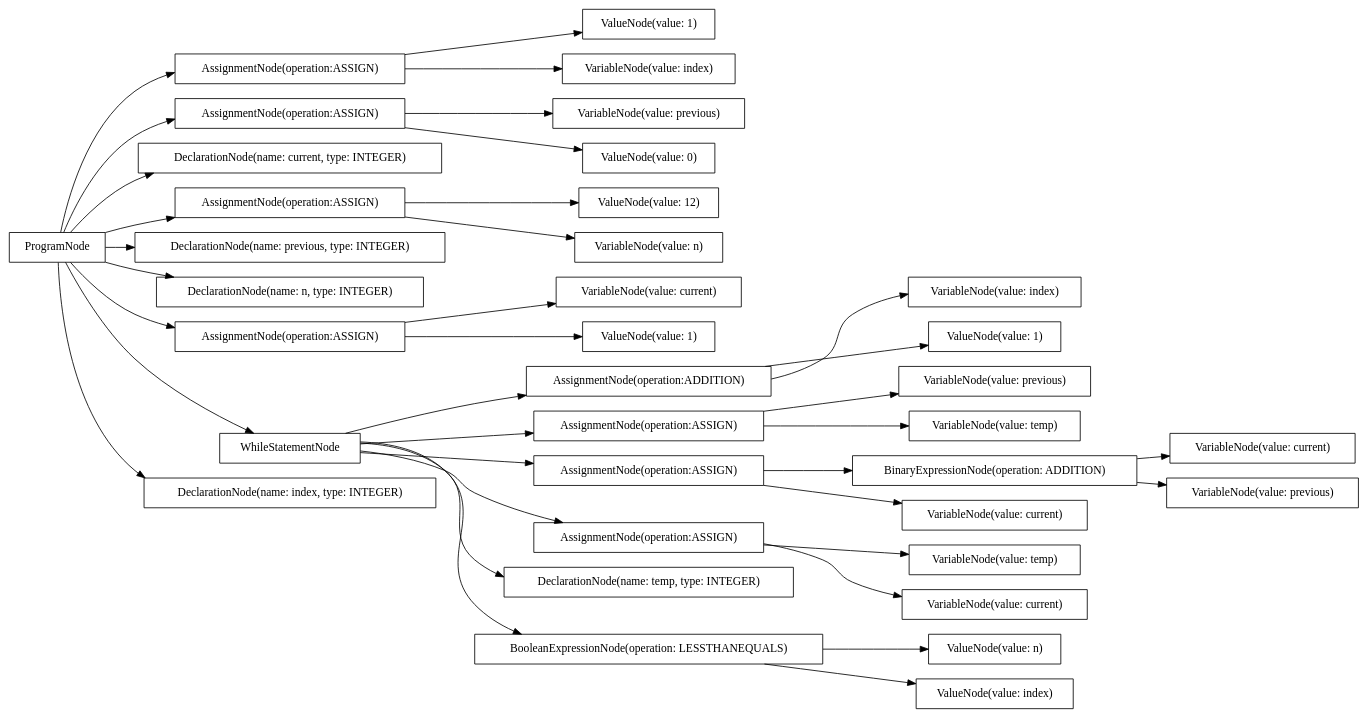
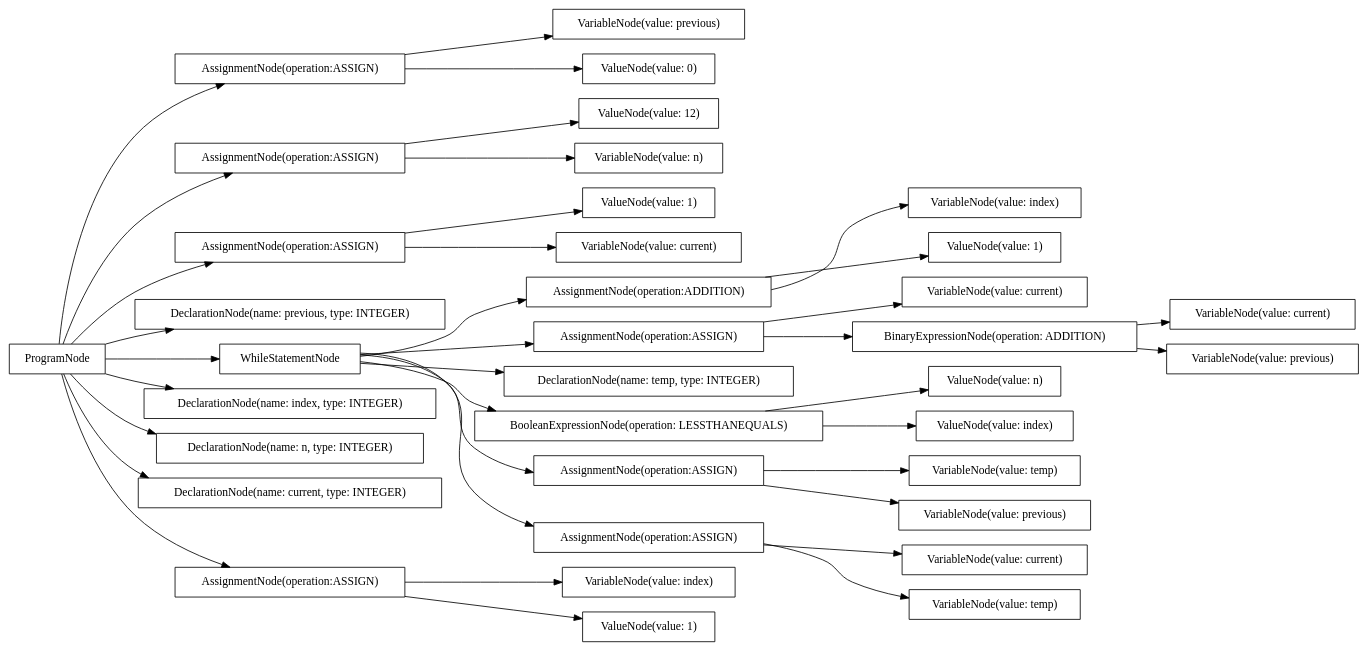
One commit to AtLeastITry/ANTLR-Python-Compiler changed the diagram in src/output/dot/fibonacci.dot. Above: the diagram before and after it, drawn with Graphviz. The commit also changed 13 other files, not shown here.

```diff
--- a/src/output/dot/fibonacci.dot
+++ b/src/output/dot/fibonacci.dot
@@ -1,74 +1,74 @@
 digraph G {
 rankdir=LR
-"1598cc62-a040-4c96-a715-40929d4e8865" [label="ValueNode(value: n)" shape="box"];
-"2259b447-775e-484d-abc6-ef369a8b9eb7" [label="VariableNode(value: current)" shape="box"];
-"2cd7ddb2-db0f-4125-9a5f-0c3afbd9dd72" [label="VariableNode(value: previous)" shape="box"];
-"cb3bdbce-2cbb-4ff4-a6da-271accab3a93" [label="ValueNode(value: index)" shape="box"];
-"d387afe9-e97c-4233-b314-a5cb87ac8617" [label="AssignmentNode(operation:ADDITION)" shape="box"];
-"2eb23c79-bd03-42dd-8d19-5a05aa5a4f15" [label="AssignmentNode(operation:ASSIGN)" shape="box"];
-"a33493f9-18ba-407a-9705-1859ee42eb54" [label="VariableNode(value: index)" shape="box"];
-"a5b25526-06e3-4ff8-b8d0-5e2e38a7875f" [label="AssignmentNode(operation:ASSIGN)" shape="box"];
-"345a327a-f5e6-4e40-a470-d479b4a6dd65" [label="VariableNode(value: temp)" shape="box"];
-"f690ba80-638a-43a1-8a34-8bd579846491" [label="AssignmentNode(operation:ASSIGN)" shape="box"];
-"050d7a69-79f7-4683-8966-785dd52abf0e" [label="VariableNode(value: current)" shape="box"];
-"63b0db0d-f8c6-4627-a281-7fc058c44388" [label="VariableNode(value: previous)" shape="box"];
-"cd5df68f-49a5-4409-989e-12e0c65c230f" [label="AssignmentNode(operation:ASSIGN)" shape="box"];
-"572d2a5b-db16-4991-8e36-242638f50540" [label="DeclarationNode(name: current, type: INTEGER)" shape="box"];
-"e66a27bc-6d84-4366-966f-1d8b20fd633a" [label="ProgramNode" shape="box"];
-"476bae66-0436-4d24-b4fe-65cf7fa19297" [label="AssignmentNode(operation:ASSIGN)" shape="box"];
-"1b7afba1-a5e2-4e57-9f86-de44672feadb" [label="BinaryExpressionNode(operation: ADDITION)" shape="box"];
-"b91ae6b7-8b5b-4391-b619-72574a7e108b" [label="DeclarationNode(name: previous, type: INTEGER)" shape="box"];
-"273c07ef-bd91-470a-b095-3624a7171c71" [label="VariableNode(value: current)" shape="box"];
-"2bc87493-0fb0-488c-b5a7-75df91b4c30b" [label="ValueNode(value: 1)" shape="box"];
-"423a2973-9674-4e57-865b-6d27384eb77c" [label="DeclarationNode(name: n, type: INTEGER)" shape="box"];
-"a3856da6-5369-490c-bdc8-566bd0c039c3" [label="AssignmentNode(operation:ASSIGN)" shape="box"];
-"9d8b77f6-9576-4df6-a2c6-3955adf1de78" [label="AssignmentNode(operation:ASSIGN)" shape="box"];
-"c4dc342a-157e-4c3e-8f09-b0a40febead7" [label="VariableNode(value: temp)" shape="box"];
-"b3eccedd-138e-4974-8f8a-404dd6236906" [label="ValueNode(value: 1)" shape="box"];
-"8e254e43-566a-420e-bbe4-346612784c51" [label="VariableNode(value: index)" shape="box"];
-"5fdd9365-0da8-4bfb-96e7-edee84d4459d" [label="ValueNode(value: 12)" shape="box"];
-"58257139-119f-48bf-94a1-a4c4a7a32e95" [label="DeclarationNode(name: temp, type: INTEGER)" shape="box"];
-"6e11b7ce-fbcb-465d-a788-a3076c3b25cd" [label="ValueNode(value: 0)" shape="box"];
-"a655c826-fd8b-4dc7-8e2f-fc29f4602268" [label="BooleanExpressionNode(operation: LESSTHANEQUALS)" shape="box"];
-"e25e2966-135f-4fb7-87e0-da6ccc20f24d" [label="ValueNode(value: 1)" shape="box"];
-"41be5033-bd5d-4a7b-8ed8-144ab931303b" [label="VariableNode(value: n)" shape="box"];
-"1a85a946-a6a1-46c3-8ca6-65077cb39046" [label="VariableNode(value: current)" shape="box"];
-"1d7d0f8a-e124-4851-97ad-0459195e201e" [label="WhileStatementNode" shape="box"];
-"6860946e-a81e-4b1f-beb5-7e4b886ed425" [label="VariableNode(value: previous)" shape="box"];
-"ea73a34b-d3ce-427d-910f-1d67c8065e1b" [label="DeclarationNode(name: index, type: INTEGER)" shape="box"];
-"e66a27bc-6d84-4366-966f-1d8b20fd633a" -> "423a2973-9674-4e57-865b-6d27384eb77c";
-"e66a27bc-6d84-4366-966f-1d8b20fd633a" -> "b91ae6b7-8b5b-4391-b619-72574a7e108b";
-"e66a27bc-6d84-4366-966f-1d8b20fd633a" -> "572d2a5b-db16-4991-8e36-242638f50540";
-"e66a27bc-6d84-4366-966f-1d8b20fd633a" -> "ea73a34b-d3ce-427d-910f-1d67c8065e1b";
-"e66a27bc-6d84-4366-966f-1d8b20fd633a" -> "476bae66-0436-4d24-b4fe-65cf7fa19297";
-"476bae66-0436-4d24-b4fe-65cf7fa19297" -> "41be5033-bd5d-4a7b-8ed8-144ab931303b";
-"476bae66-0436-4d24-b4fe-65cf7fa19297" -> "5fdd9365-0da8-4bfb-96e7-edee84d4459d";
-"e66a27bc-6d84-4366-966f-1d8b20fd633a" -> "cd5df68f-49a5-4409-989e-12e0c65c230f";
-"cd5df68f-49a5-4409-989e-12e0c65c230f" -> "63b0db0d-f8c6-4627-a281-7fc058c44388";
-"cd5df68f-49a5-4409-989e-12e0c65c230f" -> "6e11b7ce-fbcb-465d-a788-a3076c3b25cd";
-"e66a27bc-6d84-4366-966f-1d8b20fd633a" -> "9d8b77f6-9576-4df6-a2c6-3955adf1de78";
-"9d8b77f6-9576-4df6-a2c6-3955adf1de78" -> "2259b447-775e-484d-abc6-ef369a8b9eb7";
-"9d8b77f6-9576-4df6-a2c6-3955adf1de78" -> "b3eccedd-138e-4974-8f8a-404dd6236906";
-"e66a27bc-6d84-4366-966f-1d8b20fd633a" -> "f690ba80-638a-43a1-8a34-8bd579846491";
-"f690ba80-638a-43a1-8a34-8bd579846491" -> "8e254e43-566a-420e-bbe4-346612784c51";
-"f690ba80-638a-43a1-8a34-8bd579846491" -> "2bc87493-0fb0-488c-b5a7-75df91b4c30b";
-"e66a27bc-6d84-4366-966f-1d8b20fd633a" -> "1d7d0f8a-e124-4851-97ad-0459195e201e";
-"1d7d0f8a-e124-4851-97ad-0459195e201e" -> "a655c826-fd8b-4dc7-8e2f-fc29f4602268";
-"a655c826-fd8b-4dc7-8e2f-fc29f4602268" -> "cb3bdbce-2cbb-4ff4-a6da-271accab3a93";
-"a655c826-fd8b-4dc7-8e2f-fc29f4602268" -> "1598cc62-a040-4c96-a715-40929d4e8865";
-"1d7d0f8a-e124-4851-97ad-0459195e201e" -> "58257139-119f-48bf-94a1-a4c4a7a32e95";
-"1d7d0f8a-e124-4851-97ad-0459195e201e" -> "a3856da6-5369-490c-bdc8-566bd0c039c3";
-"a3856da6-5369-490c-bdc8-566bd0c039c3" -> "345a327a-f5e6-4e40-a470-d479b4a6dd65";
-"a3856da6-5369-490c-bdc8-566bd0c039c3" -> "050d7a69-79f7-4683-8966-785dd52abf0e";
-"1d7d0f8a-e124-4851-97ad-0459195e201e" -> "a5b25526-06e3-4ff8-b8d0-5e2e38a7875f";
-"a5b25526-06e3-4ff8-b8d0-5e2e38a7875f" -> "273c07ef-bd91-470a-b095-3624a7171c71";
-"a5b25526-06e3-4ff8-b8d0-5e2e38a7875f" -> "1b7afba1-a5e2-4e57-9f86-de44672feadb";
-"1b7afba1-a5e2-4e57-9f86-de44672feadb" -> "1a85a946-a6a1-46c3-8ca6-65077cb39046";
-"1b7afba1-a5e2-4e57-9f86-de44672feadb" -> "6860946e-a81e-4b1f-beb5-7e4b886ed425";
-"1d7d0f8a-e124-4851-97ad-0459195e201e" -> "2eb23c79-bd03-42dd-8d19-5a05aa5a4f15";
-"2eb23c79-bd03-42dd-8d19-5a05aa5a4f15" -> "2cd7ddb2-db0f-4125-9a5f-0c3afbd9dd72";
-"2eb23c79-bd03-42dd-8d19-5a05aa5a4f15" -> "c4dc342a-157e-4c3e-8f09-b0a40febead7";
-"1d7d0f8a-e124-4851-97ad-0459195e201e" -> "d387afe9-e97c-4233-b314-a5cb87ac8617";
-"d387afe9-e97c-4233-b314-a5cb87ac8617" -> "a33493f9-18ba-407a-9705-1859ee42eb54";
-"d387afe9-e97c-4233-b314-a5cb87ac8617" -> "e25e2966-135f-4fb7-87e0-da6ccc20f24d";
+"7dfbcddd-16cb-4cfa-903f-55d43979b203" [label="VariableNode(value: previous)" shape="box"];
+"359c7981-6319-473c-9ead-aef8f6ef1644" [label="VariableNode(value: temp)" shape="box"];
+"7672ed64-2153-4352-9968-bea205f3d9a4" [label="AssignmentNode(operation:ASSIGN)" shape="box"];
+"00359bba-8438-441f-8409-813af7228e75" [label="ValueNode(value: 1)" shape="box"];
+"05642250-0f88-4624-9d39-76a19b033193" [label="ProgramNode" shape="box"];
+"932922ff-14ec-4f4d-9258-a8b91acda08b" [label="VariableNode(value: current)" shape="box"];
+"a11c48e8-87ef-4abb-a108-20c1d3f5a0cd" [label="AssignmentNode(operation:ASSIGN)" shape="box"];
+"d2adb590-d02f-4f6f-b4a4-8959df9dc50c" [label="VariableNode(value: current)" shape="box"];
+"bc29c00f-bdf1-4211-9431-d5556c9e3f2f" [label="AssignmentNode(operation:ASSIGN)" shape="box"];
+"f3ca3e54-20b7-4751-9565-49e71ba3d38a" [label="AssignmentNode(operation:ADDITION)" shape="box"];
+"42c4020c-f9f4-49b1-89d8-953d2876eeca" [label="ValueNode(value: 0)" shape="box"];
+"0e1d6a95-fa49-4f38-9fa4-760ce6bbfa3d" [label="VariableNode(value: current)" shape="box"];
+"55c0a246-d33e-4b6d-99bb-b15cc4a72b4d" [label="AssignmentNode(operation:ASSIGN)" shape="box"];
+"68cbda44-115a-4ad0-9394-009e7931e0e1" [label="VariableNode(value: previous)" shape="box"];
+"8bdd1479-88bc-46a7-9775-f74d61e26144" [label="ValueNode(value: 12)" shape="box"];
+"4e13bdef-8e23-4cfd-8260-4930e84db7dc" [label="DeclarationNode(name: temp, type: INTEGER)" shape="box"];
+"5588b967-cdb2-4a0e-843b-6df0919dff61" [label="VariableNode(value: temp)" shape="box"];
+"8e91b99f-f4a6-4238-a341-48f3cab1b175" [label="VariableNode(value: n)" shape="box"];
+"a2e3778d-88c6-4272-b1cf-d45e6667104a" [label="BooleanExpressionNode(operation: LESSTHANEQUALS)" shape="box"];
+"50face5e-b4d4-4499-98d7-b01976e710a6" [label="VariableNode(value: current)" shape="box"];
+"8f415d39-2a50-4771-b552-1a90f59827eb" [label="DeclarationNode(name: previous, type: INTEGER)" shape="box"];
+"42de253b-1fa7-4be7-82e4-c882e55ca2b5" [label="VariableNode(value: index)" shape="box"];
+"d465ccc0-41e7-44e9-bb42-25f3d4f7c487" [label="ValueNode(value: 1)" shape="box"];
+"9dafaff5-56f2-47cd-869a-71d76092f2d1" [label="VariableNode(value: index)" shape="box"];
+"63519c69-b303-4803-839e-0c3b9cac095a" [label="WhileStatementNode" shape="box"];
+"e9517cd2-2dee-48de-8876-a6da7b9798e4" [label="ValueNode(value: n)" shape="box"];
+"29371ea2-1d31-471e-9803-5ba41da4de94" [label="DeclarationNode(name: index, type: INTEGER)" shape="box"];
+"54c7ab00-826c-4275-8673-baecae6410ca" [label="ValueNode(value: 1)" shape="box"];
+"1c5d8586-dbd3-4b36-90cf-efa83aab3ac3" [label="DeclarationNode(name: n, type: INTEGER)" shape="box"];
+"f8681e66-9649-4025-ad70-6a013b27cd85" [label="AssignmentNode(operation:ASSIGN)" shape="box"];
+"883c406c-4672-44fe-9a7c-a5df1a90c55c" [label="BinaryExpressionNode(operation: ADDITION)" shape="box"];
+"e24f5a08-426d-4f86-adac-6a28cab389ae" [label="DeclarationNode(name: current, type: INTEGER)" shape="box"];
+"54be3eec-98c1-49bf-a542-b5b21b158fff" [label="AssignmentNode(operation:ASSIGN)" shape="box"];
+"eeaa6b7d-beea-445d-8cfd-9d85e2958e74" [label="ValueNode(value: index)" shape="box"];
+"b2a13a31-e8b9-4467-b42c-caed389bc66e" [label="AssignmentNode(operation:ASSIGN)" shape="box"];
+"78e77fa2-da31-4c89-a799-63b015cff9a4" [label="VariableNode(value: previous)" shape="box"];
+"05642250-0f88-4624-9d39-76a19b033193" -> "1c5d8586-dbd3-4b36-90cf-efa83aab3ac3";
+"05642250-0f88-4624-9d39-76a19b033193" -> "8f415d39-2a50-4771-b552-1a90f59827eb";
+"05642250-0f88-4624-9d39-76a19b033193" -> "e24f5a08-426d-4f86-adac-6a28cab389ae";
+"05642250-0f88-4624-9d39-76a19b033193" -> "29371ea2-1d31-471e-9803-5ba41da4de94";
+"05642250-0f88-4624-9d39-76a19b033193" -> "a11c48e8-87ef-4abb-a108-20c1d3f5a0cd";
+"a11c48e8-87ef-4abb-a108-20c1d3f5a0cd" -> "8e91b99f-f4a6-4238-a341-48f3cab1b175";
+"a11c48e8-87ef-4abb-a108-20c1d3f5a0cd" -> "8bdd1479-88bc-46a7-9775-f74d61e26144";
+"05642250-0f88-4624-9d39-76a19b033193" -> "7672ed64-2153-4352-9968-bea205f3d9a4";
+"7672ed64-2153-4352-9968-bea205f3d9a4" -> "7dfbcddd-16cb-4cfa-903f-55d43979b203";
+"7672ed64-2153-4352-9968-bea205f3d9a4" -> "42c4020c-f9f4-49b1-89d8-953d2876eeca";
+"05642250-0f88-4624-9d39-76a19b033193" -> "bc29c00f-bdf1-4211-9431-d5556c9e3f2f";
+"bc29c00f-bdf1-4211-9431-d5556c9e3f2f" -> "932922ff-14ec-4f4d-9258-a8b91acda08b";
+"bc29c00f-bdf1-4211-9431-d5556c9e3f2f" -> "00359bba-8438-441f-8409-813af7228e75";
+"05642250-0f88-4624-9d39-76a19b033193" -> "54be3eec-98c1-49bf-a542-b5b21b158fff";
+"54be3eec-98c1-49bf-a542-b5b21b158fff" -> "9dafaff5-56f2-47cd-869a-71d76092f2d1";
+"54be3eec-98c1-49bf-a542-b5b21b158fff" -> "54c7ab00-826c-4275-8673-baecae6410ca";
+"05642250-0f88-4624-9d39-76a19b033193" -> "63519c69-b303-4803-839e-0c3b9cac095a";
+"63519c69-b303-4803-839e-0c3b9cac095a" -> "a2e3778d-88c6-4272-b1cf-d45e6667104a";
+"a2e3778d-88c6-4272-b1cf-d45e6667104a" -> "eeaa6b7d-beea-445d-8cfd-9d85e2958e74";
+"a2e3778d-88c6-4272-b1cf-d45e6667104a" -> "e9517cd2-2dee-48de-8876-a6da7b9798e4";
+"63519c69-b303-4803-839e-0c3b9cac095a" -> "4e13bdef-8e23-4cfd-8260-4930e84db7dc";
+"63519c69-b303-4803-839e-0c3b9cac095a" -> "b2a13a31-e8b9-4467-b42c-caed389bc66e";
+"b2a13a31-e8b9-4467-b42c-caed389bc66e" -> "5588b967-cdb2-4a0e-843b-6df0919dff61";
+"b2a13a31-e8b9-4467-b42c-caed389bc66e" -> "0e1d6a95-fa49-4f38-9fa4-760ce6bbfa3d";
+"63519c69-b303-4803-839e-0c3b9cac095a" -> "55c0a246-d33e-4b6d-99bb-b15cc4a72b4d";
+"55c0a246-d33e-4b6d-99bb-b15cc4a72b4d" -> "50face5e-b4d4-4499-98d7-b01976e710a6";
+"55c0a246-d33e-4b6d-99bb-b15cc4a72b4d" -> "883c406c-4672-44fe-9a7c-a5df1a90c55c";
+"883c406c-4672-44fe-9a7c-a5df1a90c55c" -> "d2adb590-d02f-4f6f-b4a4-8959df9dc50c";
+"883c406c-4672-44fe-9a7c-a5df1a90c55c" -> "78e77fa2-da31-4c89-a799-63b015cff9a4";
+"63519c69-b303-4803-839e-0c3b9cac095a" -> "f8681e66-9649-4025-ad70-6a013b27cd85";
+"f8681e66-9649-4025-ad70-6a013b27cd85" -> "68cbda44-115a-4ad0-9394-009e7931e0e1";
+"f8681e66-9649-4025-ad70-6a013b27cd85" -> "359c7981-6319-473c-9ead-aef8f6ef1644";
+"63519c69-b303-4803-839e-0c3b9cac095a" -> "f3ca3e54-20b7-4751-9565-49e71ba3d38a";
+"f3ca3e54-20b7-4751-9565-49e71ba3d38a" -> "42de253b-1fa7-4be7-82e4-c882e55ca2b5";
+"f3ca3e54-20b7-4751-9565-49e71ba3d38a" -> "d465ccc0-41e7-44e9-bb42-25f3d4f7c487";
 }
```
